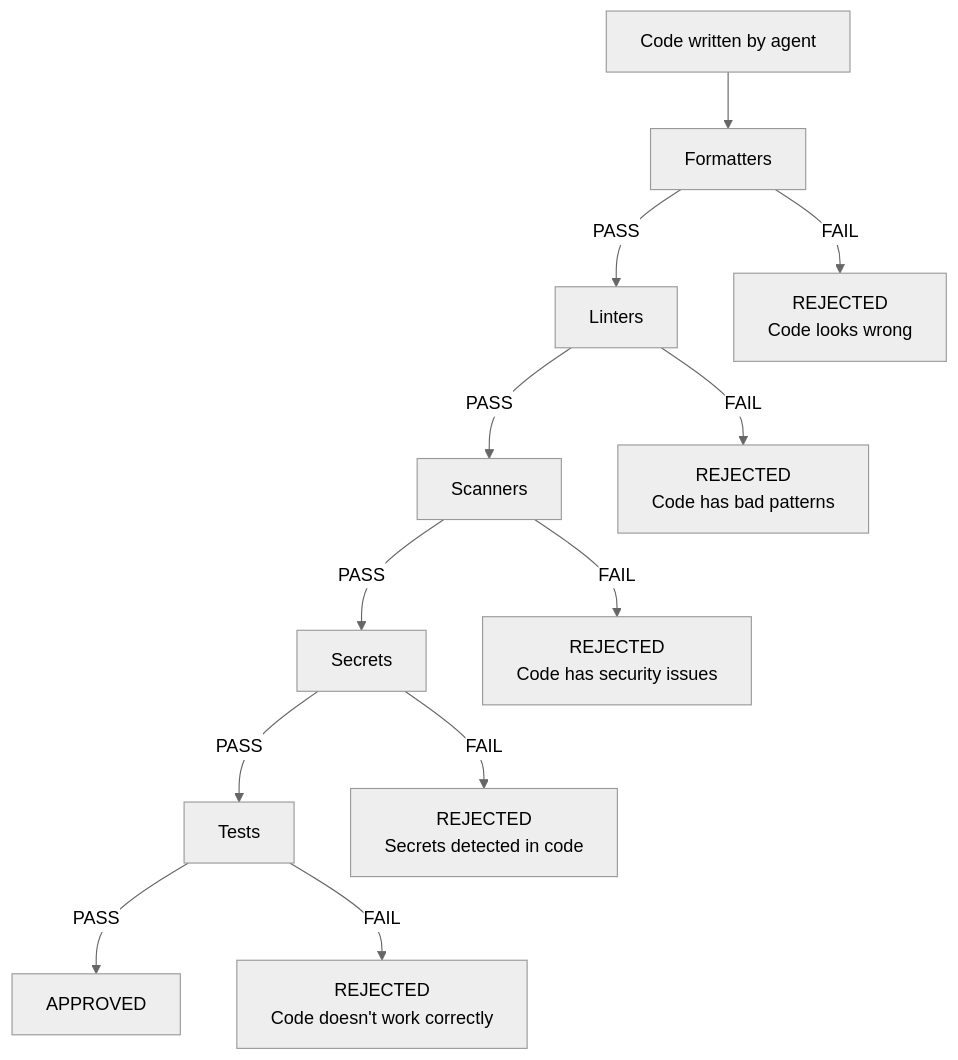
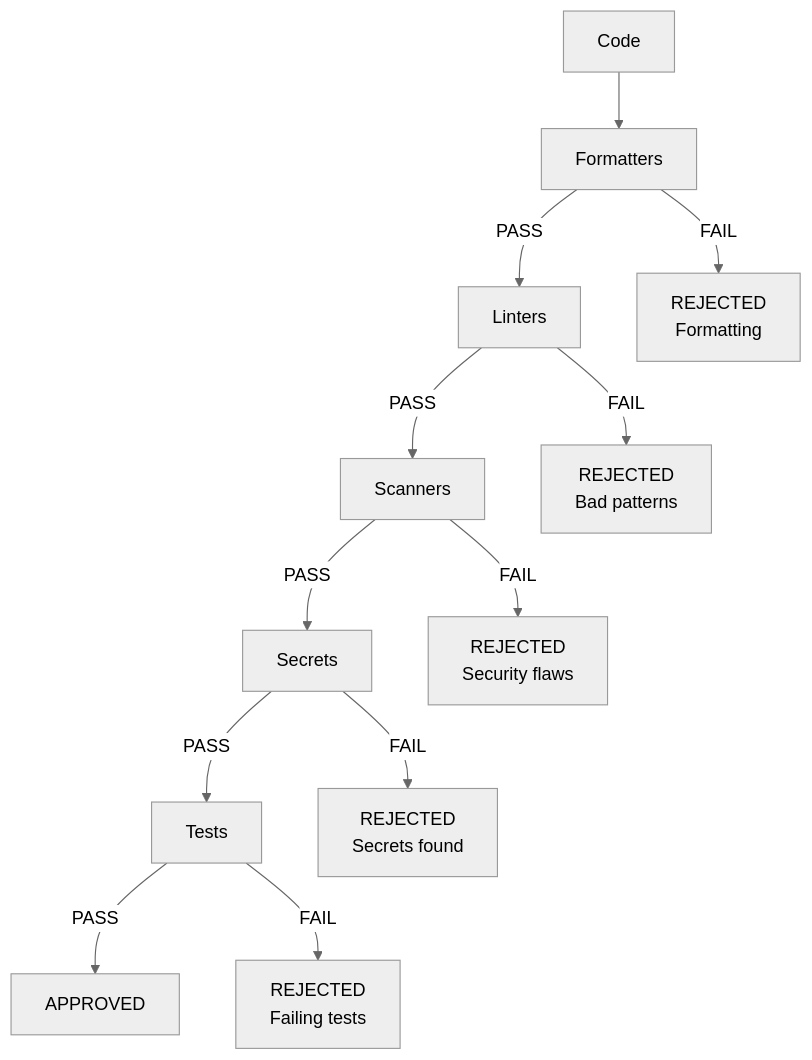
Before and after one commit to seanpor/AgentGuide: the third of 8 diagrams in writing-production-code.md, drawn with Mermaid (neutral theme). The commit also changed other lines of this file and 1 other file, not shown here.

First line of the commit message:
Compact Mermaid diagrams for small-screen readability

````diff
--- a/writing-production-code.md
+++ b/writing-production-code.md
@@ -493,14 +493,14 @@
 ```mermaid
 flowchart TD
-    Code["Code written by agent"] --> Formatters
+    Code[Code] --> Formatters
     Formatters -->|PASS| Linters
-    Formatters -->|FAIL| R1[REJECTED<br/>Code looks wrong]
+    Formatters -->|FAIL| R1[REJECTED<br/>Formatting]
     Linters -->|PASS| Scanners
-    Linters -->|FAIL| R2[REJECTED<br/>Code has bad patterns]
+    Linters -->|FAIL| R2[REJECTED<br/>Bad patterns]
     Scanners -->|PASS| Secrets
-    Scanners -->|FAIL| R3[REJECTED<br/>Code has security issues]
+    Scanners -->|FAIL| R3[REJECTED<br/>Security flaws]
     Secrets -->|PASS| Tests
-    Secrets -->|FAIL| R4[REJECTED<br/>Secrets detected in code]
+    Secrets -->|FAIL| R4[REJECTED<br/>Secrets found]
     Tests -->|PASS| Approved[APPROVED]
-    Tests -->|FAIL| R5[REJECTED<br/>Code doesn't work correctly]
+    Tests -->|FAIL| R5[REJECTED<br/>Failing tests]
 ```
````
